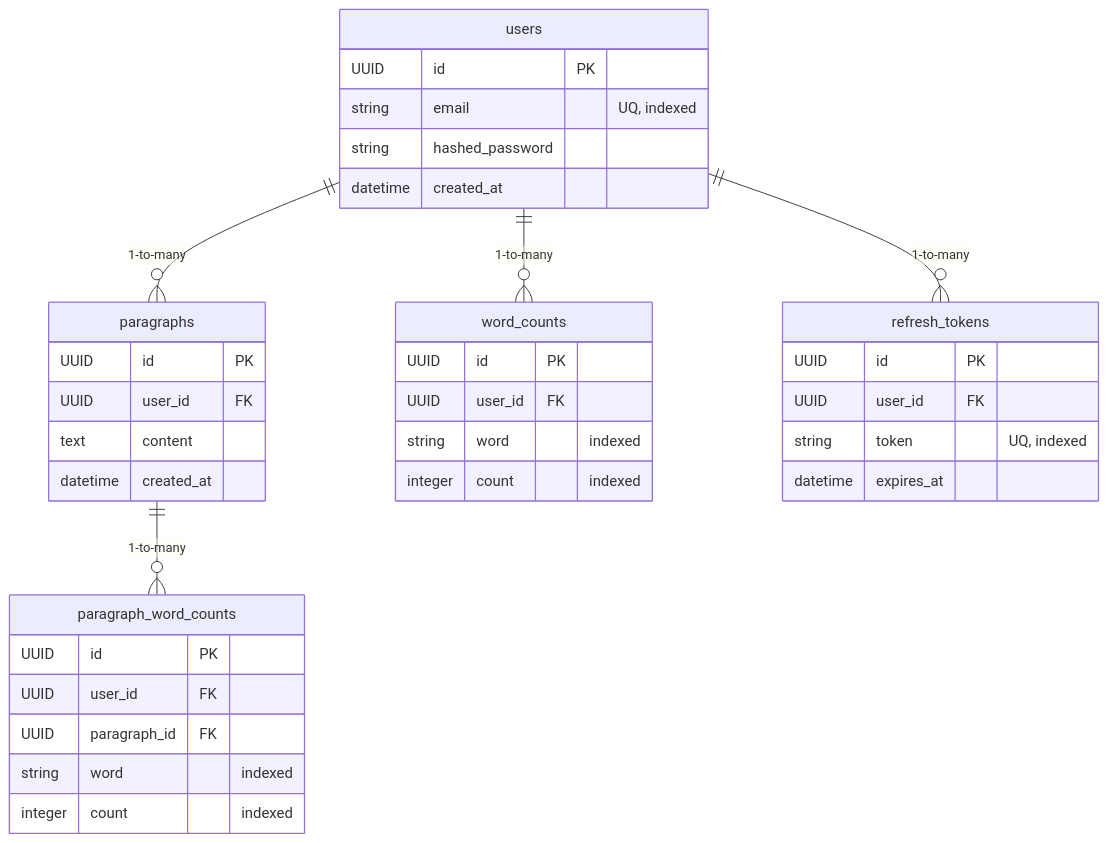
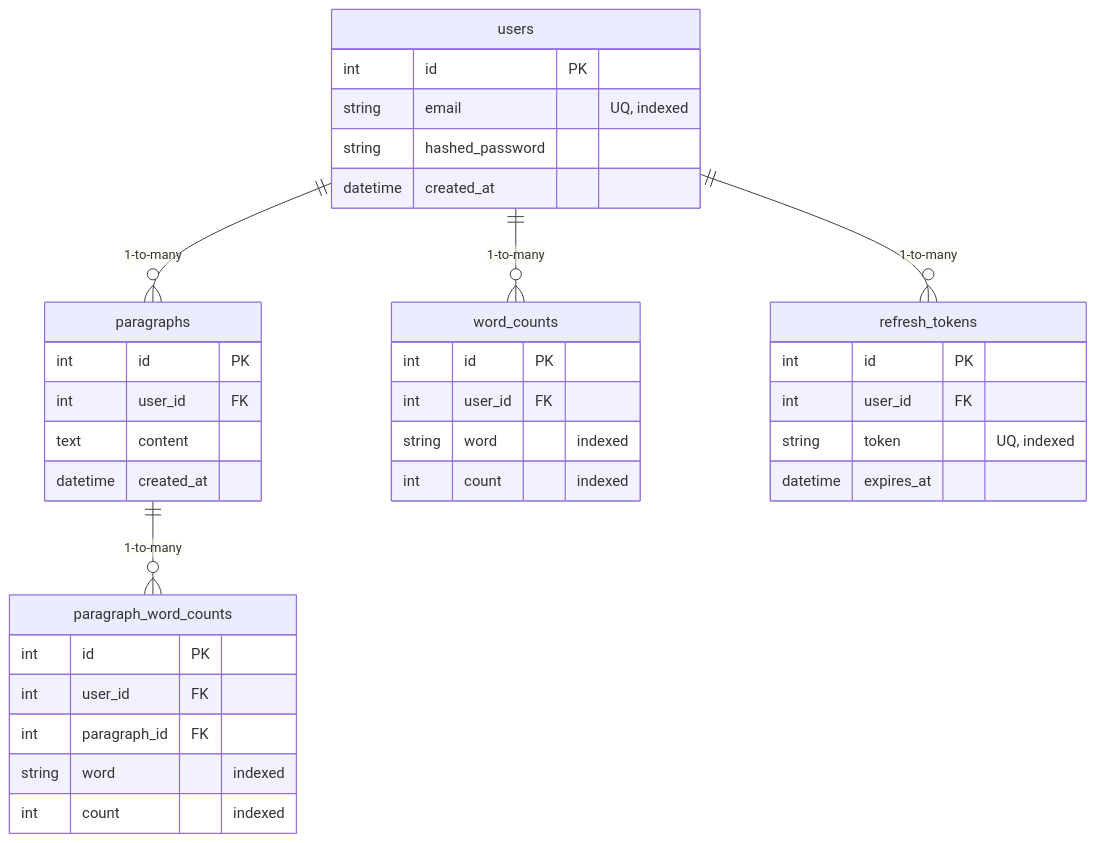
The diagram in README.md (Suk022/Python-based-backend), drawn with Mermaid before and after one commit. The commit also changed other lines of this file, not shown here.

````diff
--- a/README.md
+++ b/README.md
@@ -30,43 +34,43 @@
 ```mermaid
 erDiagram
     users ||--o{ paragraphs : "1-to-many"
     users ||--o{ word_counts : "1-to-many"
     users ||--o{ refresh_tokens : "1-to-many"
     paragraphs ||--o{ paragraph_word_counts : "1-to-many"
     
     users {
-        UUID id PK
+        int id PK
         string email "UQ, indexed"
         string hashed_password
         datetime created_at
     }
     
     paragraphs {
-        UUID id PK
-        UUID user_id FK
+        int id PK
+        int user_id FK
         text content
         datetime created_at
     }
     
     word_counts {
-        UUID id PK
-        UUID user_id FK
+        int id PK
+        int user_id FK
         string word "indexed"
-        integer count "indexed"
+        int count "indexed"
     }
     
     paragraph_word_counts {
-        UUID id PK
-        UUID user_id FK
-        UUID paragraph_id FK
+        int id PK
+        int user_id FK
+        int paragraph_id FK
         string word "indexed"
-        integer count "indexed"
+        int count "indexed"
     }
     
     refresh_tokens {
-        UUID id PK
-        UUID user_id FK
+        int id PK
+        int user_id FK
         string token "UQ, indexed"
         datetime expires_at
     }
 ```
````
